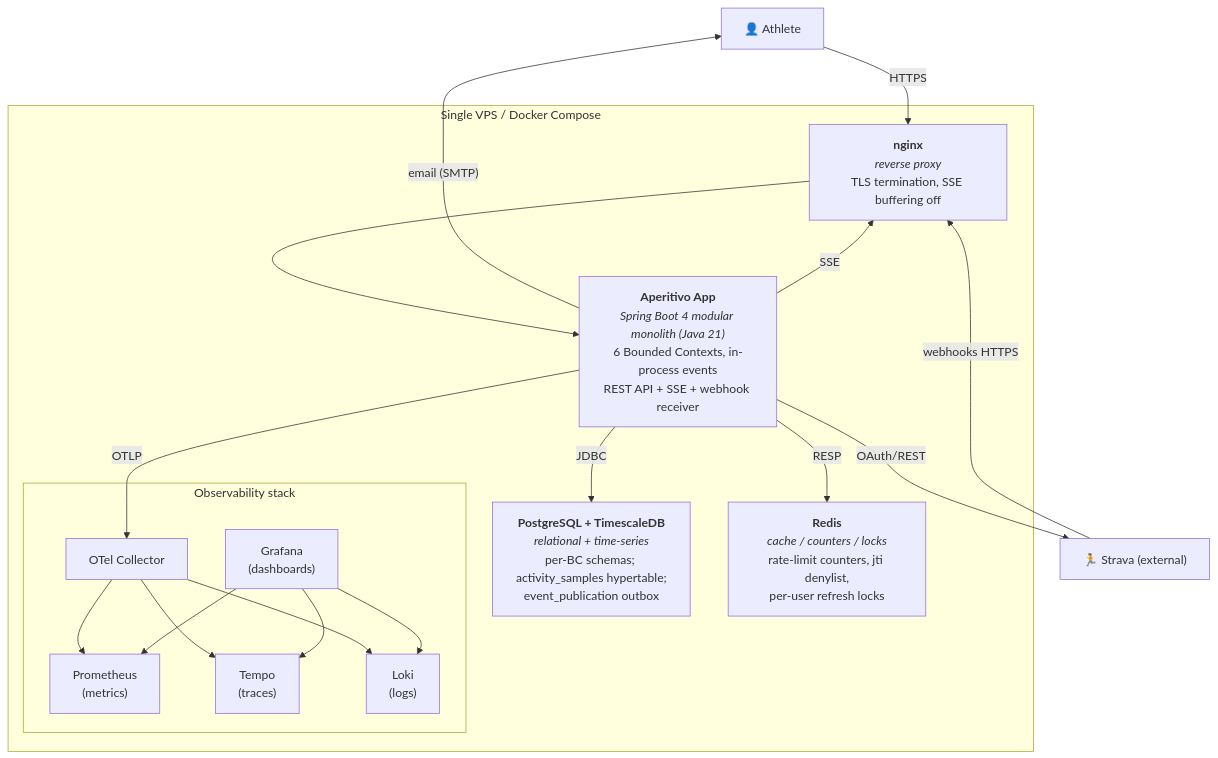
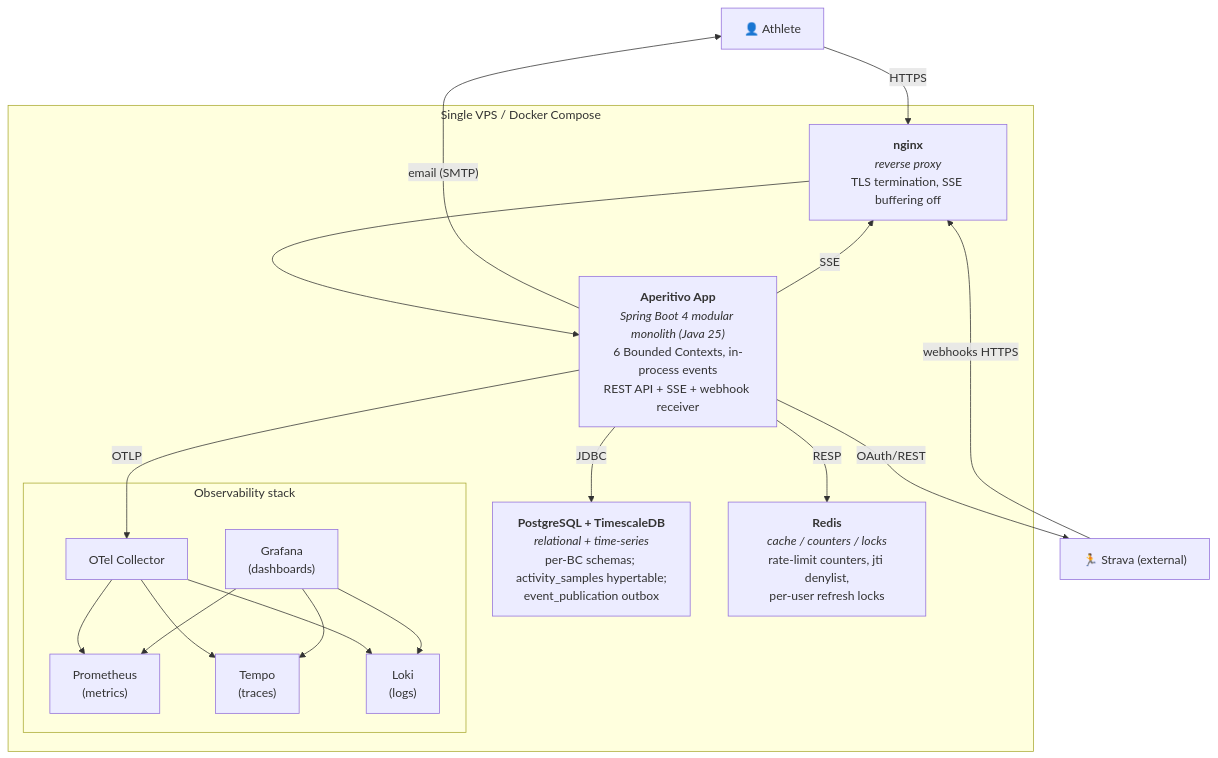
Before and after one commit to PrimaryInspection2/aperitivo: the diagram in docs/diagrams/c4/level-2-containers.md, drawn with Mermaid. The commit also changed other lines of this file and 96 other files, not shown here.

````diff
--- a/docs/diagrams/c4/level-2-containers.md
+++ b/docs/diagrams/c4/level-2-containers.md
@@ -21,34 +21,34 @@
 ```mermaid
 flowchart TB
     Athlete["👤 Athlete"]
     Strava["🏃 Strava (external)"]
 
     subgraph Host["Single VPS / Docker Compose"]
         NGINX["<b>nginx</b><br/><i>reverse proxy</i><br/>TLS termination, SSE buffering off"]
 
-        APP["<b>Aperitivo App</b><br/><i>Spring Boot 4 modular monolith (Java 21)</i><br/>6 Bounded Contexts, in-process events<br/>REST API + SSE + webhook receiver"]
+        APP["<b>Aperitivo App</b><br/><i>Spring Boot 4 modular monolith (Java 25)</i><br/>6 Bounded Contexts, in-process events<br/>REST API + SSE + webhook receiver"]
 
         PG["<b>PostgreSQL + TimescaleDB</b><br/><i>relational + time-series</i><br/>per-BC schemas; activity_samples hypertable;<br/>event_publication outbox"]
         REDIS["<b>Redis</b><br/><i>cache / counters / locks</i><br/>rate-limit counters, jti denylist,<br/>per-user refresh locks"]
 
         subgraph OBS["Observability stack"]
             OTEL["OTel Collector"]
             PROM["Prometheus<br/>(metrics)"]
             TEMPO["Tempo<br/>(traces)"]
             LOKI["Loki<br/>(logs)"]
             GRAF["Grafana<br/>(dashboards)"]
         end
     end
 
     Athlete -->|HTTPS| NGINX
     Strava -->|webhooks HTTPS| NGINX
     NGINX --> APP
     APP -->|OAuth/REST| Strava
     APP -->|JDBC| PG
     APP -->|RESP| REDIS
     APP -->|OTLP| OTEL
     OTEL --> PROM & TEMPO & LOKI
     GRAF --> PROM & TEMPO & LOKI
     APP -->|"email (SMTP)"| Athlete
     APP -->|"SSE"| NGINX
 ```
````
